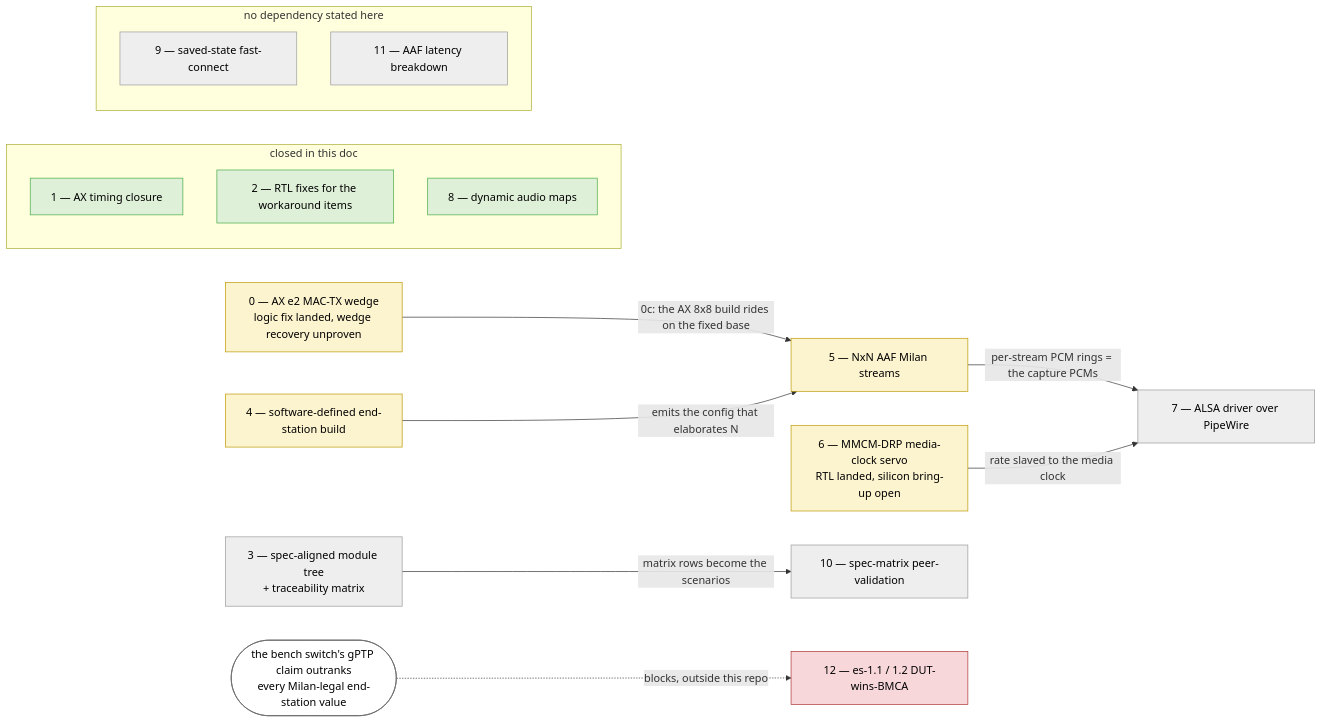
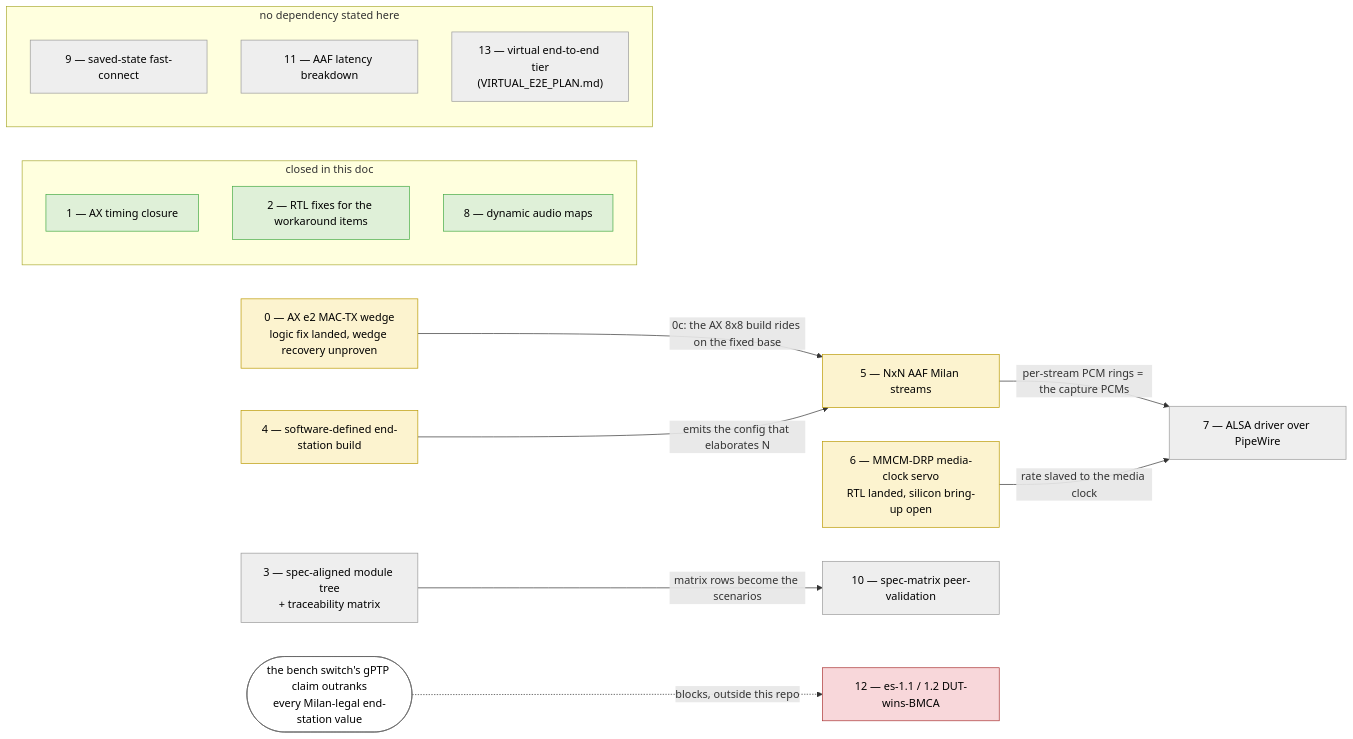
The diagram in docs/MILAN_COMPLIANCE_GAPS.md (kebag-logic/milan-fpga), drawn with Mermaid before and after one commit. The commit also changed other lines of this file and 5 other files, not shown here.

````diff
--- a/docs/MILAN_COMPLIANCE_GAPS.md
+++ b/docs/MILAN_COMPLIANCE_GAPS.md
@@ -785,32 +785,33 @@
 ```mermaid
 flowchart LR
     subgraph CLOSED["closed in this doc"]
         I1["1 — AX timing closure"]:::done
         I2["2 — RTL fixes for the workaround items"]:::done
         I8["8 — dynamic audio maps"]:::done
     end
     subgraph FREE["no dependency stated here"]
         I9["9 — saved-state fast-connect"]:::none
         I11["11 — AAF latency breakdown"]:::none
+        I13["13 — virtual end-to-end tier<br/>(VIRTUAL_E2E_PLAN.md)"]:::none
     end
     I0["0 — AX e2 MAC-TX wedge<br/>logic fix landed, wedge recovery unproven"]:::part
     I4["4 — software-defined end-station build"]:::part
     I3["3 — spec-aligned module tree<br/>+ traceability matrix"]:::none
     I5["5 — NxN AAF Milan streams"]:::part
     I6["6 — MMCM-DRP media-clock servo<br/>RTL landed, silicon bring-up open"]:::part
     I7["7 — ALSA driver over PipeWire"]:::none
     I10["10 — spec-matrix peer-validation"]:::none
     I12["12 — es-1.1 / 1.2 DUT-wins-BMCA"]:::block
     SW(["the bench switch's gPTP claim outranks<br/>every Milan-legal end-station value"]):::ext
     I0 -->|"0c: the AX 8x8 build rides on the fixed base"| I5
     I4 -->|"emits the config that elaborates N"| I5
     I5 -->|"per-stream PCM rings = the capture PCMs"| I7
     I6 -->|"rate slaved to the media clock"| I7
     I3 -->|"matrix rows become the scenarios"| I10
     SW -.->|"blocks, outside this repo"| I12
     classDef done fill:#dff0d8,stroke:#4a4,color:#000
     classDef part fill:#fcf3cf,stroke:#b90,color:#000
     classDef none fill:#eeeeee,stroke:#999,color:#000
     classDef block fill:#f8d7da,stroke:#a33,color:#000
     classDef ext fill:#ffffff,stroke:#666,color:#000
 ```
````
